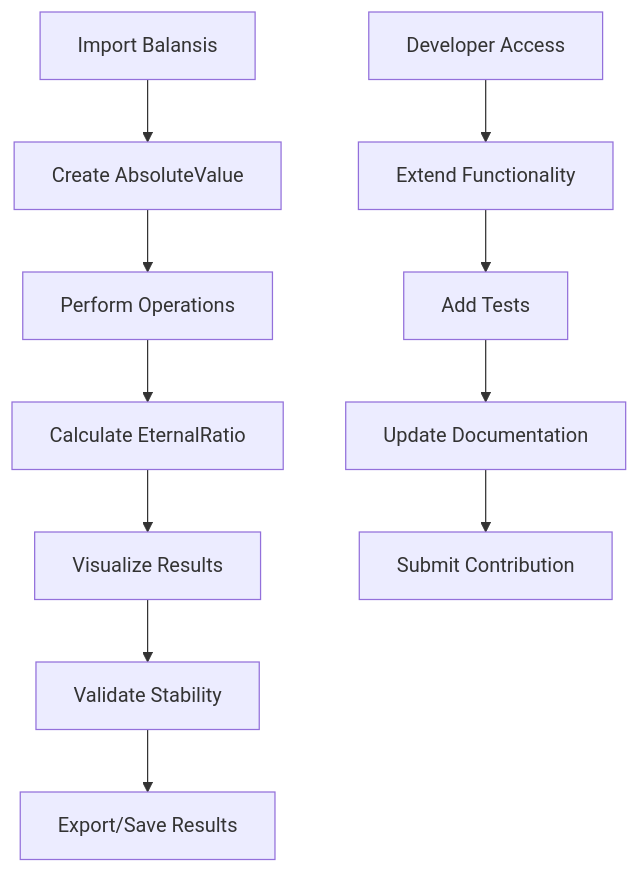
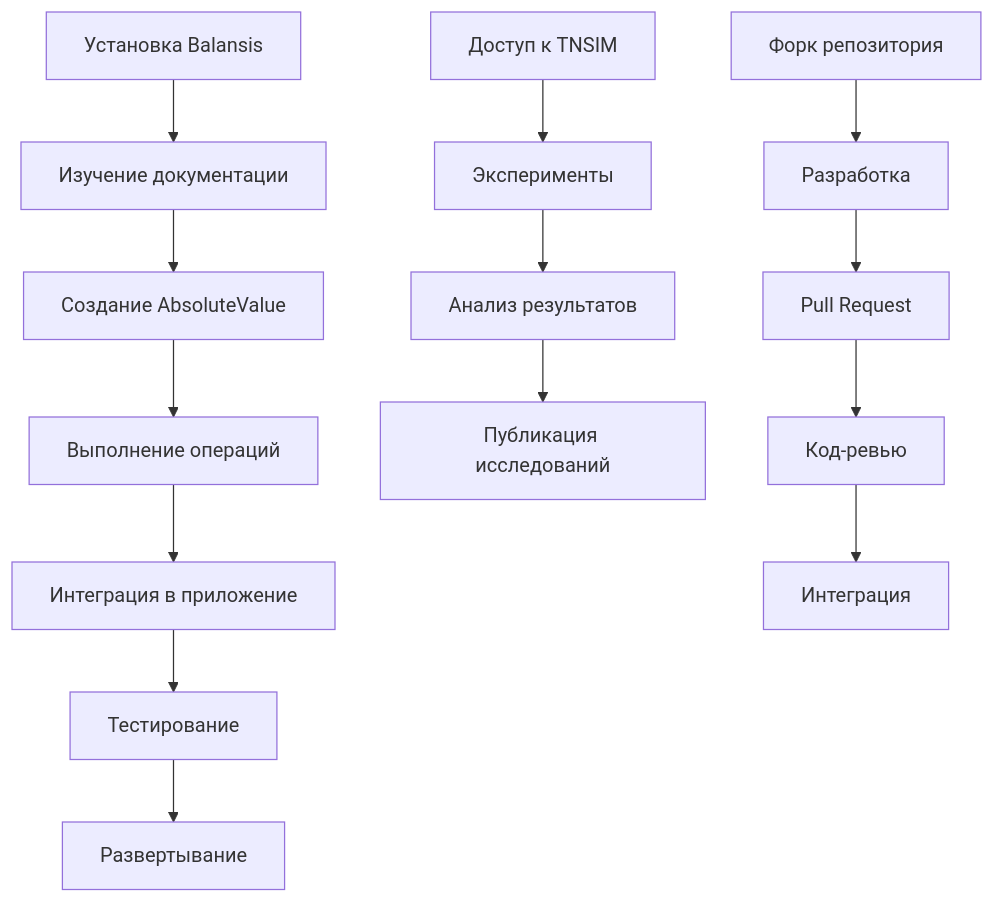
The diagram in .trae/documents/product_requirements.md (AndrewHakmi/Balansis), drawn with Mermaid before and after one commit. The commit also changed other lines of this file and 4 other files, not shown here.

````diff
--- a/.trae/documents/product_requirements.md
+++ b/.trae/documents/product_requirements.md
@@ -59,14 +57,18 @@
 ```mermaid
 graph TD
-    A[Import Balansis] --> B[Create AbsoluteValue]
-    B --> C[Perform Operations]
-    C --> D[Calculate EternalRatio]
-    D --> E[Visualize Results]
-    E --> F[Validate Stability]
-    F --> G[Export/Save Results]
+    A[Установка Balansis] --> B[Изучение документации]
+    B --> C[Создание AbsoluteValue]
+    C --> D[Выполнение операций]
+    D --> E[Интеграция в приложение]
+    E --> F[Тестирование]
+    F --> G[Развертывание]
     
-    H[Developer Access] --> I[Extend Functionality]
-    I --> J[Add Tests]
-    J --> K[Update Documentation]
-    K --> L[Submit Contribution]
+    H[Доступ к TNSIM] --> I[Эксперименты]
+    I --> J[Анализ результатов]
+    J --> K[Публикация исследований]
+    
+    L[Форк репозитория] --> M[Разработка]
+    M --> N[Pull Request]
+    N --> O[Код-ревью]
+    O --> P[Интеграция]
 ```
````
